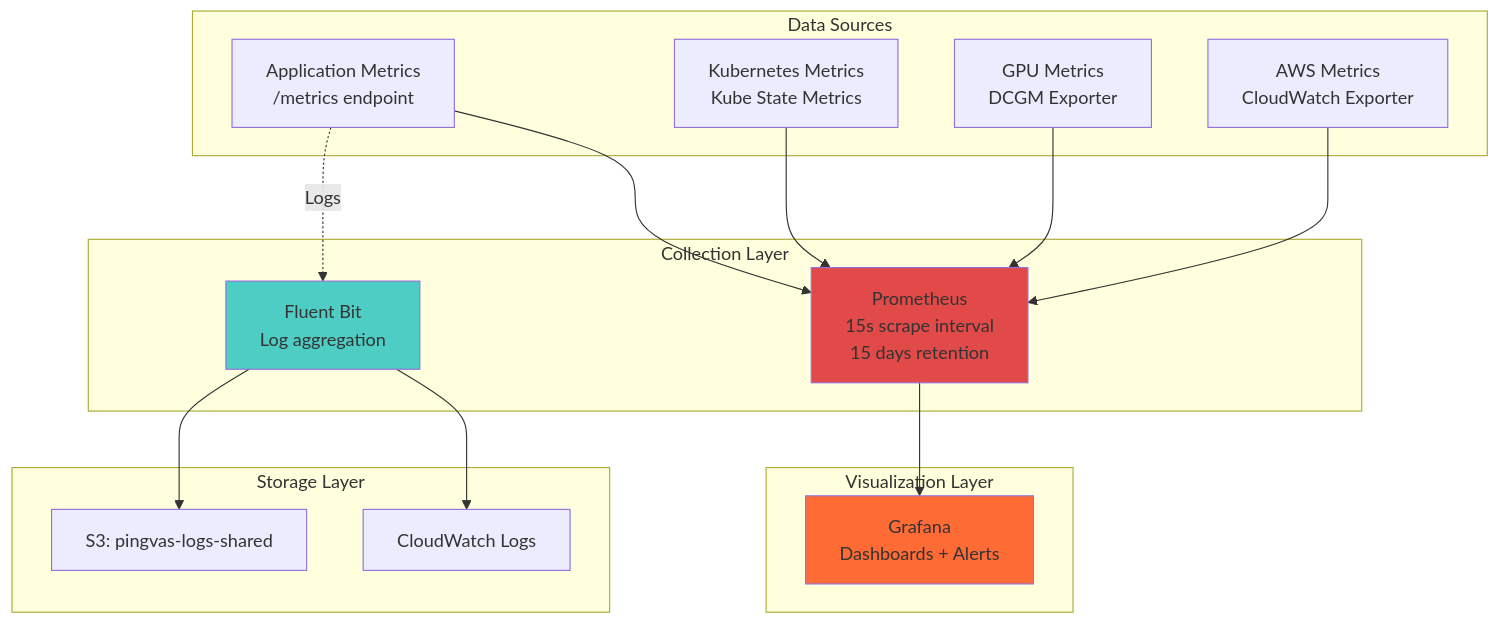
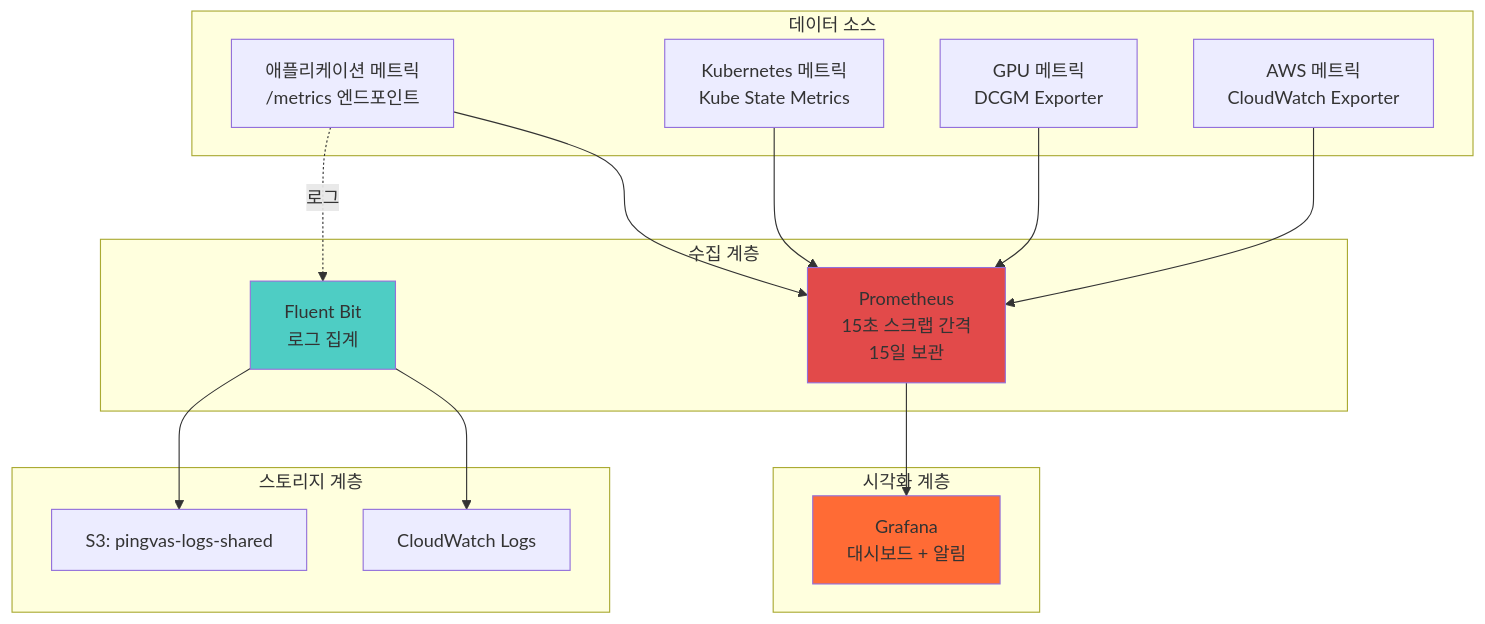
One commit to Pinksea-AI/InvokeAI changed diagram 14 of 15 in docs/final-architecture/01-aws-architecture-diagram.md. Above: the diagram before and after it, drawn with Mermaid. The commit also changed other lines of this file, not shown here.

First line of the commit message:
docs: AWS 아키텍처 다이어그램 문서를 한글로 번역

````diff
--- a/docs/final-architecture/01-aws-architecture-diagram.md
+++ b/docs/final-architecture/01-aws-architecture-diagram.md
@@ -759,38 +759,38 @@
 ```mermaid
 graph TB
-    subgraph Sources[Data Sources]
-        App[Application Metrics<br/>/metrics endpoint]
-        K8s[Kubernetes Metrics<br/>Kube State Metrics]
-        GPU[GPU Metrics<br/>DCGM Exporter]
-        AWS[AWS Metrics<br/>CloudWatch Exporter]
+    subgraph Sources[데이터 소스]
+        App[애플리케이션 메트릭<br/>/metrics 엔드포인트]
+        K8s[Kubernetes 메트릭<br/>Kube State Metrics]
+        GPU[GPU 메트릭<br/>DCGM Exporter]
+        AWS[AWS 메트릭<br/>CloudWatch Exporter]
     end
 
-    subgraph Collection[Collection Layer]
-        Prom[Prometheus<br/>15s scrape interval<br/>15 days retention]
-        FluentBit[Fluent Bit<br/>Log aggregation]
+    subgraph Collection[수집 계층]
+        Prom[Prometheus<br/>15초 스크랩 간격<br/>15일 보관]
+        FluentBit[Fluent Bit<br/>로그 집계]
     end
 
-    subgraph Storage[Storage Layer]
+    subgraph Storage[스토리지 계층]
         CW[CloudWatch Logs]
         S3Logs[S3: pingvas-logs-shared]
     end
 
-    subgraph Visualization[Visualization Layer]
-        Grafana[Grafana<br/>Dashboards + Alerts]
+    subgraph Visualization[시각화 계층]
+        Grafana[Grafana<br/>대시보드 + 알림]
     end
 
     App --> Prom
     K8s --> Prom
     GPU --> Prom
     AWS --> Prom
 
-    App -.->|Logs| FluentBit
+    App -.->|로그| FluentBit
     FluentBit --> CW
     FluentBit --> S3Logs
 
     Prom --> Grafana
 
     style Prom fill:#E24A4A
     style Grafana fill:#FF6B35
     style FluentBit fill:#4ECDC4
 ```
````
